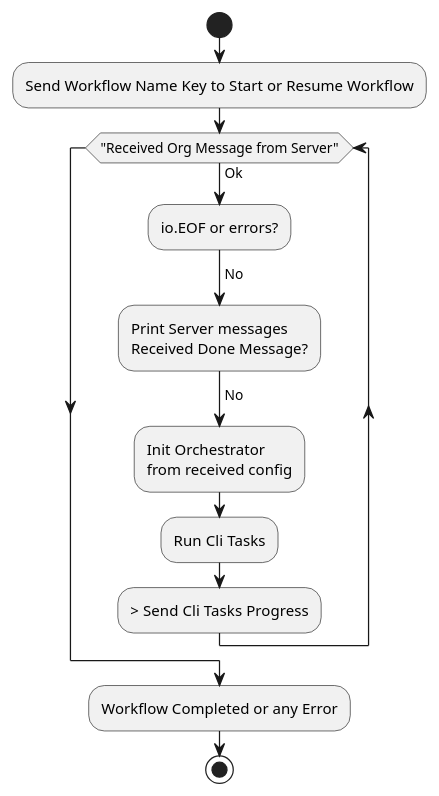
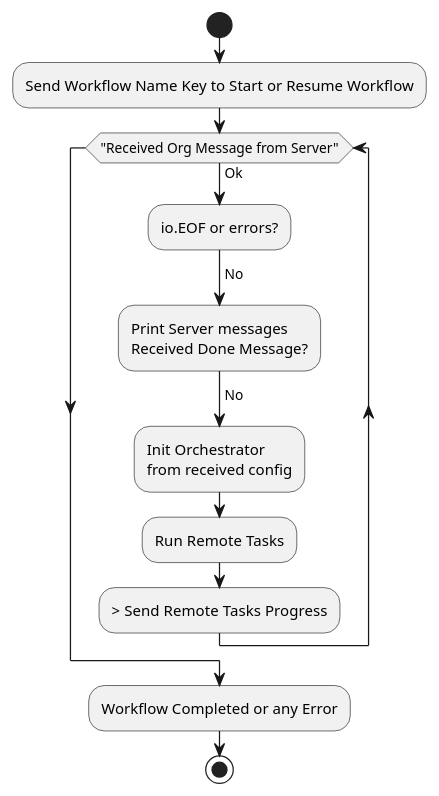
One commit to blewater/boxed changed the diagram in docs/cliworkflow.puml. Above: the diagram before and after it, drawn with PlantUML. The commit also changed 8 other files, not shown here.

Commit message:
Cli to Remote, Puml edits

```diff
--- a/docs/cliworkflow.puml
+++ b/docs/cliworkflow.puml
@@ -1,19 +1,19 @@
 @startuml
 start
 :Send Workflow Name Key to Start or Resume Workflow;
 
 while ("Received Org Message from Server") is (Ok)
     :io.EOF or errors?;
     -> No;
     :Print Server messages
     Received Done Message?;
     -> yes;
     -> No;
     :Init Orchestrator
     from received config;
-    :Run Cli Tasks;
-    -> Send Cli Tasks Progress
+    :Run Remote Tasks;
+    -> Send Remote Tasks Progress
 endwhile
 -Workflow Completed or any Error
 stop
 @enduml
```
